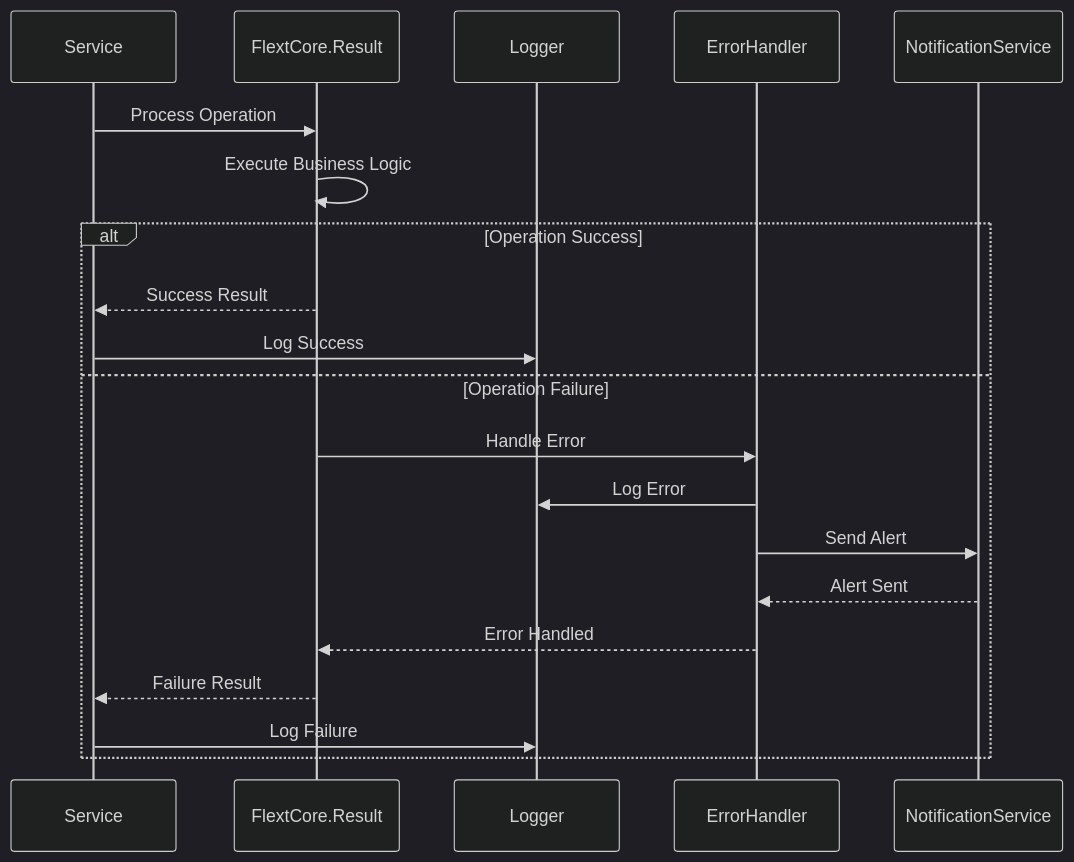
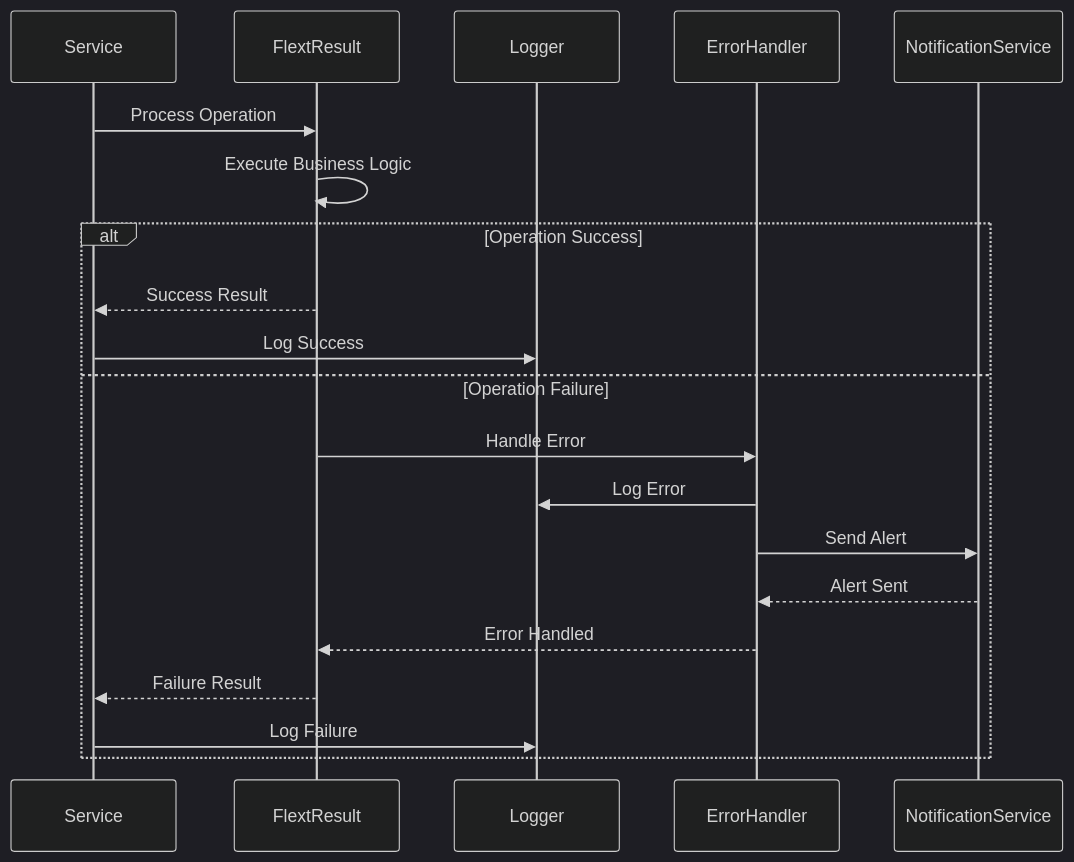
Before and after one commit to flext-sh/flext: the seventh of 10 diagrams in docs/architecture/c4-model/code-diagrams.md, drawn with Mermaid (dark theme). The commit also changed other lines of this file and 372 other files, not shown here.

````diff
--- a/docs/architecture/c4-model/code-diagrams.md
+++ b/docs/architecture/c4-model/code-diagrams.md
@@ -326,24 +326,24 @@
 ```mermaid
 sequenceDiagram
     participant Service
-    participant FlextCore.Result
+    participant FlextResult
     participant Logger
     participant ErrorHandler
     participant NotificationService
 
-    Service->>FlextCore.Result: Process Operation
-    FlextCore.Result->>FlextCore.Result: Execute Business Logic
+    Service->>FlextResult: Process Operation
+    FlextResult->>FlextResult: Execute Business Logic
 
     alt Operation Success
-        FlextCore.Result-->>Service: Success Result
+        FlextResult-->>Service: Success Result
         Service->>Logger: Log Success
     else Operation Failure
-        FlextCore.Result->>ErrorHandler: Handle Error
+        FlextResult->>ErrorHandler: Handle Error
         ErrorHandler->>Logger: Log Error
         ErrorHandler->>NotificationService: Send Alert
         NotificationService-->>ErrorHandler: Alert Sent
-        ErrorHandler-->>FlextCore.Result: Error Handled
-        FlextCore.Result-->>Service: Failure Result
+        ErrorHandler-->>FlextResult: Error Handled
+        FlextResult-->>Service: Failure Result
         Service->>Logger: Log Failure
     end
 ```
````
